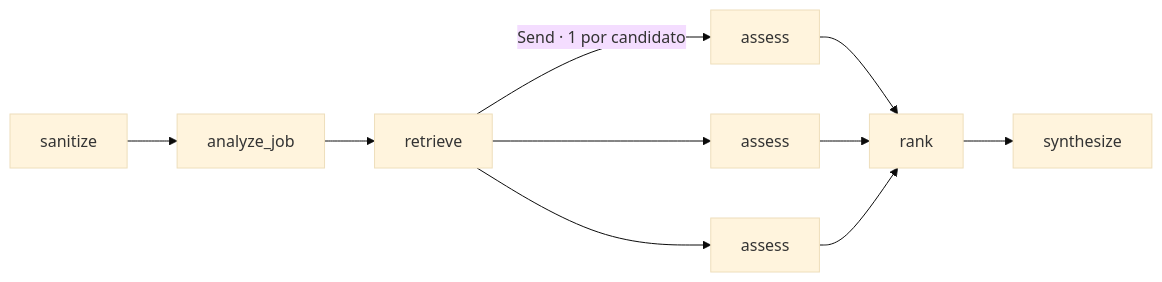
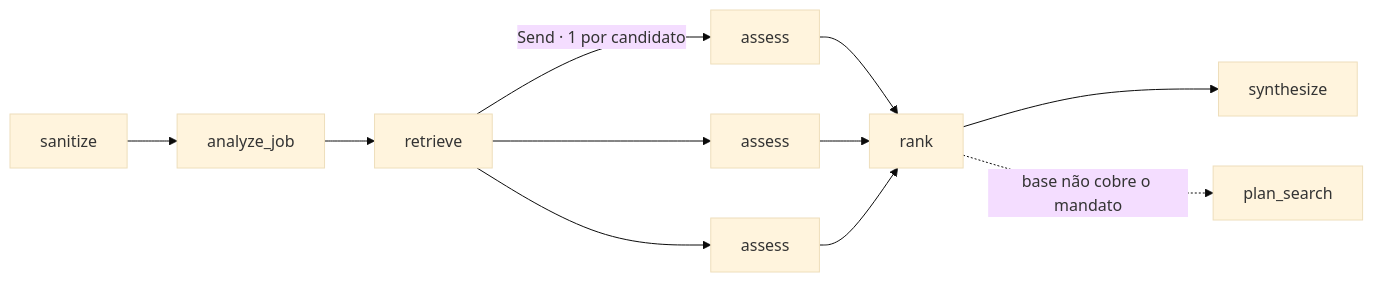
The second of 3 diagrams in docs/architecture.md (Dbenas/Ex-search), drawn with Mermaid (base theme) before and after one commit. The commit also changed other lines of this file and 20 other files, not shown here.

First line of the commit message:
feat: weight what-if with robustness index, requirement coverage and search plan

````diff
--- a/docs/architecture.md
+++ b/docs/architecture.md
@@ -28,8 +28,10 @@
 ```mermaid
 flowchart LR
     A[sanitize] --> B[analyze_job] --> C[retrieve]
     C -->|Send · 1 por candidato| D1[assess]
     C --> D2[assess]
     C --> D3[assess]
-    D1 & D2 & D3 --> E[rank] --> F[synthesize]
+    D1 & D2 & D3 --> E[rank]
+    E --> F[synthesize]
+    E -.->|base não cobre o mandato| G[plan_search]
 ```
````
